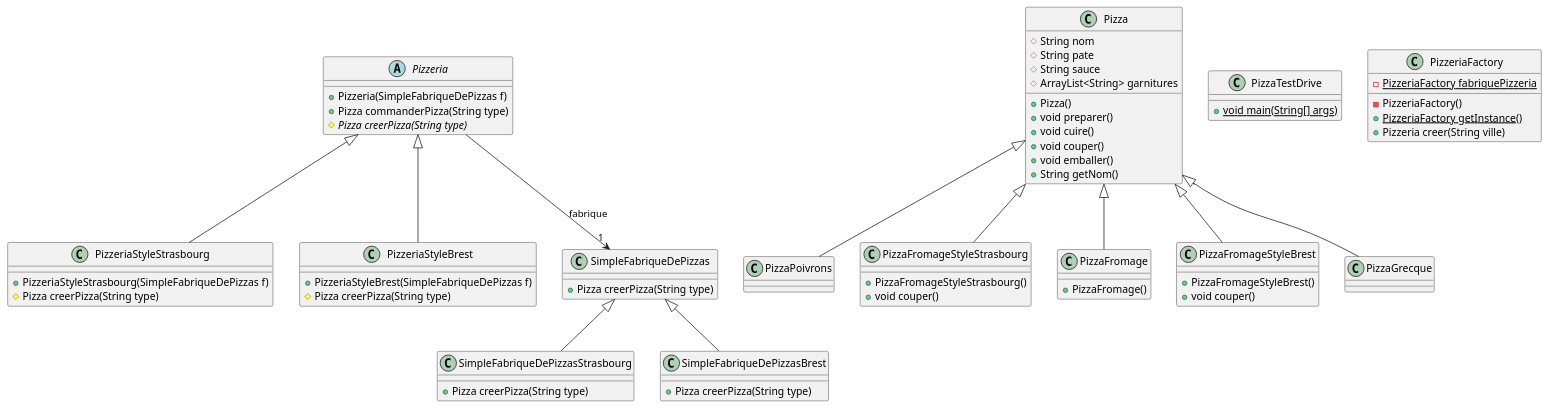
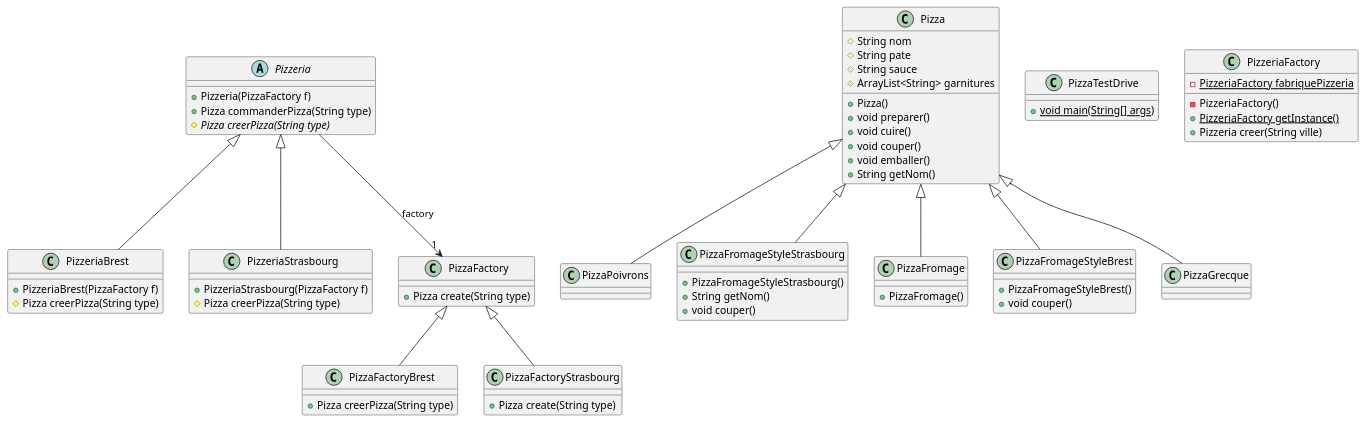
One commit to IUT-Blagnac/cpoa-tp3-uk-anaelledtn changed the diagram in docs/TP3.plantuml. Above: the diagram before and after it, drawn with PlantUML. The commit also changed 16 other files, not shown here.

```diff
--- a/docs/TP3.plantuml
+++ b/docs/TP3.plantuml
@@ -1,91 +1,92 @@
 @startuml
-class PizzeriaStyleStrasbourg [[java:pizzeria.PizzeriaStyleStrasbourg]] {
-	+PizzeriaStyleStrasbourg(SimpleFabriqueDePizzas f)
+class PizzeriaBrest [[java:pizzeria.PizzeriaBrest]] {
+	+PizzeriaBrest(PizzaFactory f)
 	#Pizza creerPizza(String type)
 }
 class Pizzeria [[java:pizzeria.Pizzeria]] {
 }
-Pizzeria <|-- PizzeriaStyleStrasbourg
+Pizzeria <|-- PizzeriaBrest
 class PizzaPoivrons [[java:pizza.PizzaPoivrons]] {
 }
 class Pizza [[java:pizza.Pizza]] {
 }
 Pizza <|-- PizzaPoivrons
-class PizzeriaStyleBrest [[java:pizzeria.PizzeriaStyleBrest]] {
-	+PizzeriaStyleBrest(SimpleFabriqueDePizzas f)
-	#Pizza creerPizza(String type)
-}
-class Pizzeria [[java:pizzeria.Pizzeria]] {
-}
-Pizzeria <|-- PizzeriaStyleBrest
 class PizzaFromageStyleStrasbourg [[java:pizza.PizzaFromageStyleStrasbourg]] {
 	+PizzaFromageStyleStrasbourg()
+	+String getNom()
 	+void couper()
 }
 class Pizza [[java:pizza.Pizza]] {
 }
 Pizza <|-- PizzaFromageStyleStrasbourg
-class SimpleFabriqueDePizzasStrasbourg [[java:pizza.SimpleFabriqueDePizzasStrasbourg]] {
-	+Pizza creerPizza(String type)
+class PizzeriaStrasbourg [[java:pizzeria.PizzeriaStrasbourg]] {
+	+PizzeriaStrasbourg(PizzaFactory f)
+	#Pizza creerPizza(String type)
 }
-class SimpleFabriqueDePizzas [[java:pizza.SimpleFabriqueDePizzas]] {
+class Pizzeria [[java:pizzeria.Pizzeria]] {
 }
-SimpleFabriqueDePizzas <|-- SimpleFabriqueDePizzasStrasbourg
+Pizzeria <|-- PizzeriaStrasbourg
 abstract class Pizzeria [[java:pizzeria.Pizzeria]] {
-	+Pizzeria(SimpleFabriqueDePizzas f)
+	+Pizzeria(PizzaFactory f)
 	+Pizza commanderPizza(String type)
 	#{abstract}Pizza creerPizza(String type)
 }
-class SimpleFabriqueDePizzas [[java:pizza.SimpleFabriqueDePizzas]] {
+class PizzaFactory [[java:pizza.PizzaFactory]] {
 }
-Pizzeria --> "1" SimpleFabriqueDePizzas : fabrique
+Pizzeria --> "1" PizzaFactory : factory
 class PizzaTestDrive [[java:PizzaTestDrive]] {
 	+{static}void main(String[] args)
 }
 class PizzeriaFactory [[java:pizzeria.PizzeriaFactory]] {
 	-{static}PizzeriaFactory fabriquePizzeria
 	-PizzeriaFactory()
 	+{static}PizzeriaFactory getInstance()
 	+Pizzeria creer(String ville)
 }
 abstract class Pizza [[java:pizza.Pizza]] {
 	#String nom
 	#String pate
 	#String sauce
 	#ArrayList<String> garnitures
 	+Pizza()
 	+void preparer()
 	+void cuire()
 	+void couper()
 	+void emballer()
 	+String getNom()
 }
-abstract class SimpleFabriqueDePizzas [[java:pizza.SimpleFabriqueDePizzas]] {
-	+Pizza creerPizza(String type)
-}
 class PizzaFromage [[java:pizza.PizzaFromage]] {
 	+PizzaFromage()
 }
 class Pizza [[java:pizza.Pizza]] {
 }
 Pizza <|-- PizzaFromage
-class SimpleFabriqueDePizzasBrest [[java:pizza.SimpleFabriqueDePizzasBrest]] {
-	+Pizza creerPizza(String type)
-}
-class SimpleFabriqueDePizzas [[java:pizza.SimpleFabriqueDePizzas]] {
-}
-SimpleFabriqueDePizzas <|-- SimpleFabriqueDePizzasBrest
 class PizzaFromageStyleBrest [[java:pizza.PizzaFromageStyleBrest]] {
 	+PizzaFromageStyleBrest()
 	+void couper()
 }
 class Pizza [[java:pizza.Pizza]] {
 }
 Pizza <|-- PizzaFromageStyleBrest
 class PizzaGrecque [[java:pizza.PizzaGrecque]] {
 }
 class Pizza [[java:pizza.Pizza]] {
 }
 Pizza <|-- PizzaGrecque
+abstract class PizzaFactory [[java:pizza.PizzaFactory]] {
+	+Pizza create(String type)
+}
+class PizzaFactoryBrest [[java:pizza.PizzaFactoryBrest]] {
+	+Pizza creerPizza(String type)
+}
+class PizzaFactory [[java:pizza.PizzaFactory]] {
+}
+PizzaFactory <|-- PizzaFactoryBrest
+class PizzaFactoryStrasbourg [[java:pizza.PizzaFactoryStrasbourg]] {
+	+Pizza create(String type)
+}
+class PizzaFactory [[java:pizza.PizzaFactory]] {
+}
+PizzaFactory <|-- PizzaFactoryStrasbourg
 
 @enduml
```
